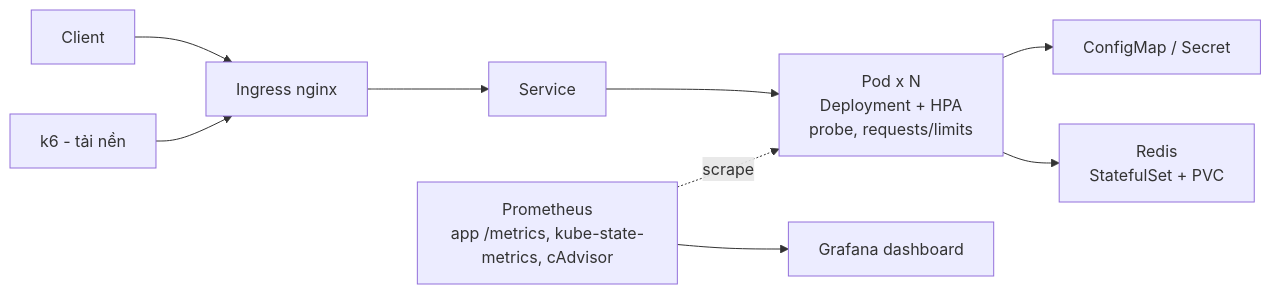
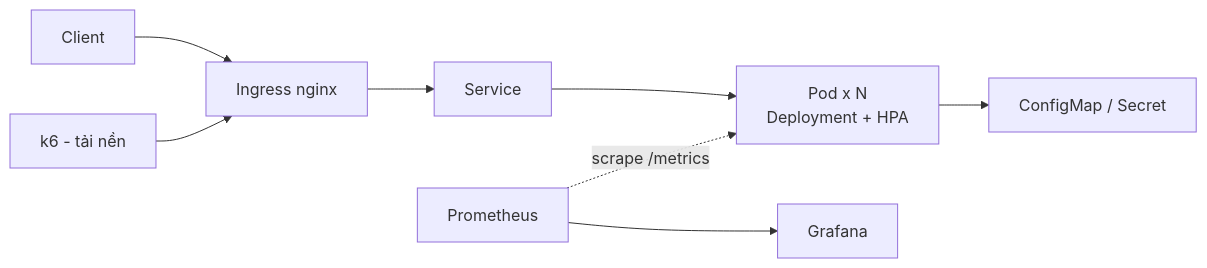
One commit to dzytan/Cloud-Computing-Project changed the diagram in README.md. Above: the diagram before and after it, drawn with Mermaid. The commit also changed other lines of this file, not shown here.

````diff
--- a/README.md
+++ b/README.md
@@ -28,11 +13,8 @@
 ```mermaid
 flowchart LR
-    C[Client] --> I[Ingress nginx]
-    I --> S[Service]
-    S --> P["Pod x N<br/>Deployment + HPA<br/>probe, requests/limits"]
+    C[Client] --> I[Ingress nginx] --> S[Service] --> P["Pod x N<br/>Deployment + HPA"]
     P --> CM["ConfigMap / Secret"]
-    P --> R["Redis<br/>StatefulSet + PVC"]
     K6["k6 - tải nền"] --> I
-    PR["Prometheus<br/>app /metrics, kube-state-metrics, cAdvisor"] -. scrape .-> P
-    PR --> G[Grafana dashboard]
+    PR[Prometheus] -. scrape /metrics .-> P
+    PR --> G[Grafana]
 ```
````
